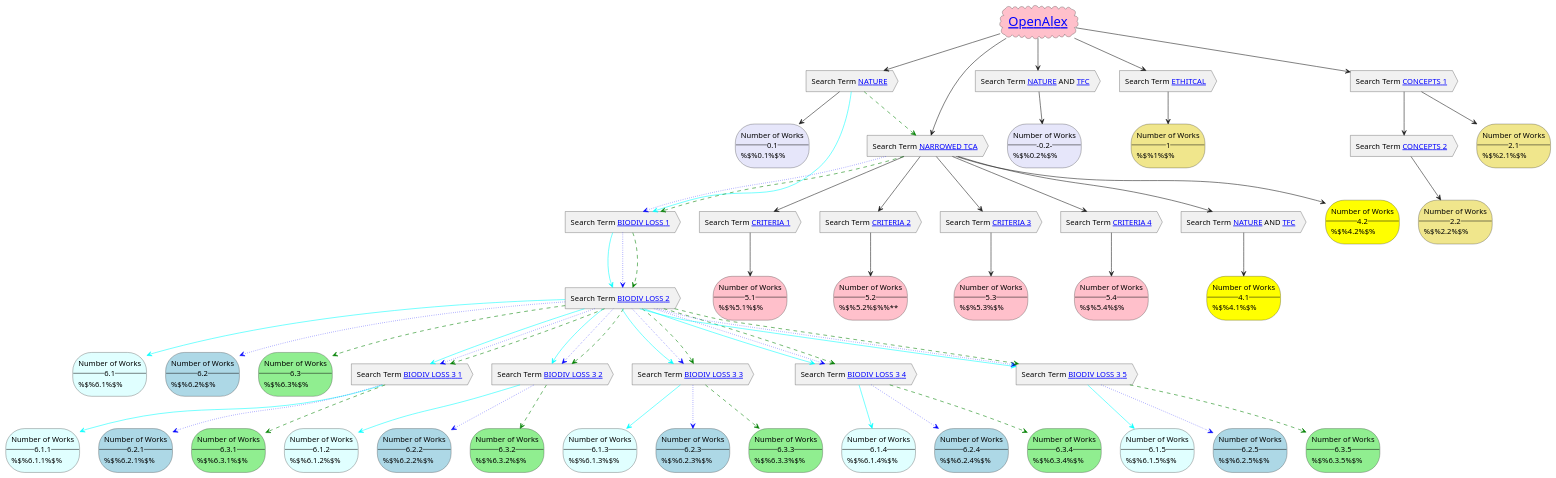
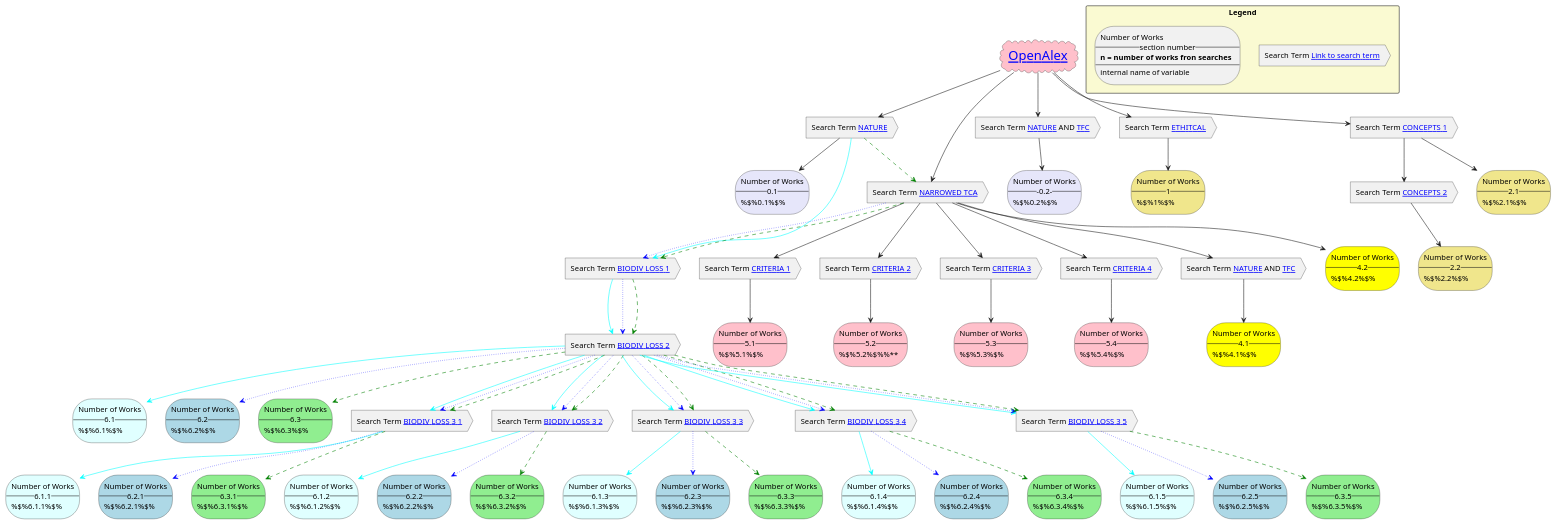
The diagram in input/ch1_evidence_causes/Ch1_evidence_causes.plantuml (IPBES-Data/IPBES_TCA_Ch2_Vision), drawn with PlantUML before and after one commit. The commit also changed 5 other files, not shown here.

Commit message:
Adds Legend to plantuml chart

```diff
--- a/input/ch1_evidence_causes/Ch1_evidence_causes.plantuml
+++ b/input/ch1_evidence_causes/Ch1_evidence_causes.plantuml
@@ -170,7 +170,10 @@
 ch1_biodiv_loss_3_5 --> ch1_nat_nar_biodiv_loss_1_2_3_5_count #green;line.dashed
 
 
-
+rectangle Legend #LightGoldenRodYellow{
+    action "Search Term [[dummy Link to search term]]" as l_search
+    storage "Number of Works\n--section number--\n**n = number of works fron searches**\n---\ninternal name of variable" as l_storage
+} 
 
 
 
```
